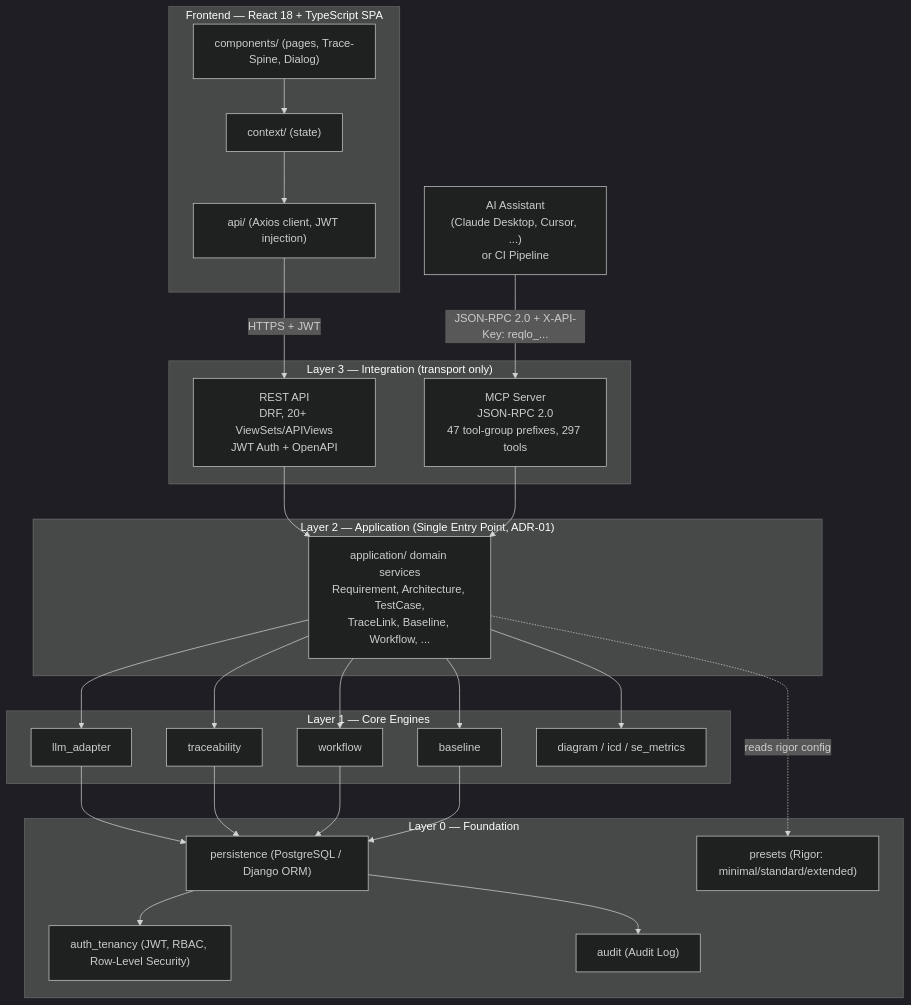
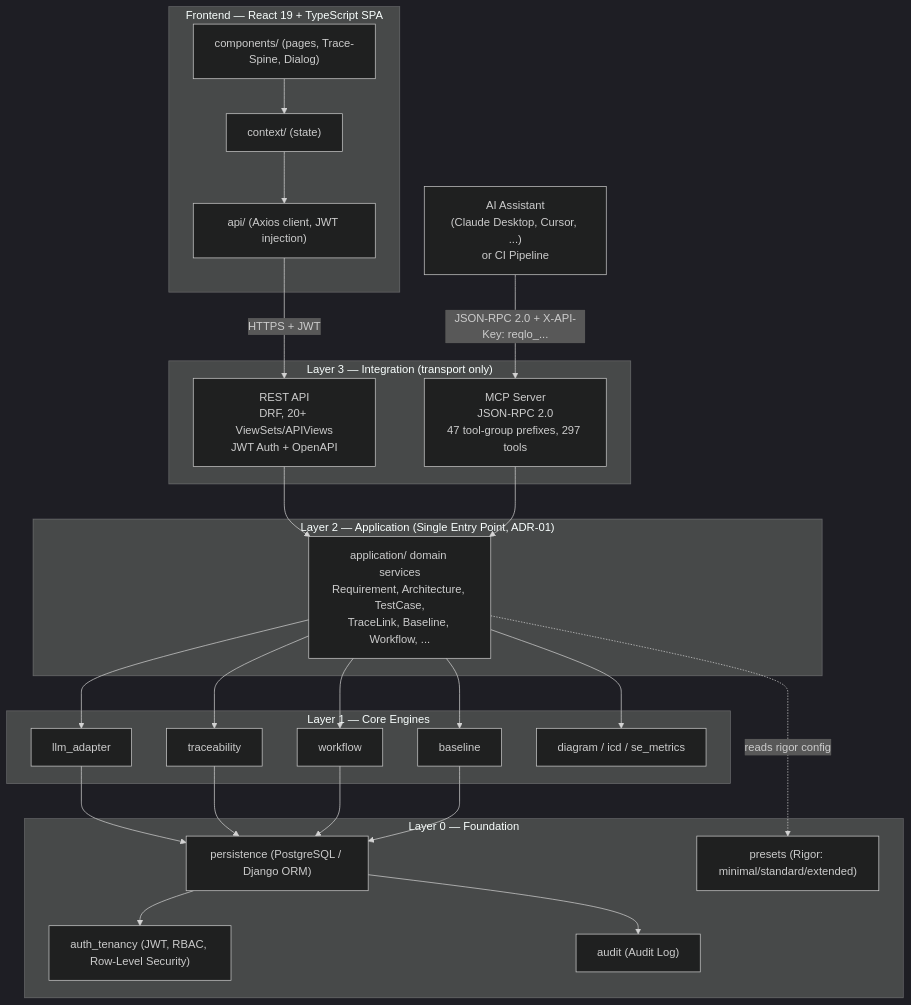
One commit to Popoboxxo/ReqogniLoom changed the first of 3 diagrams in README.md. Above: the diagram before and after it, drawn with Mermaid (dark theme). The commit also changed other lines of this file and 10 other files, not shown here.

````diff
--- a/README.md
+++ b/README.md
@@ -102,53 +104,53 @@
 ```mermaid
 graph TD
-    subgraph FE["Frontend — React 18 + TypeScript SPA"]
+    subgraph FE["Frontend — React 19 + TypeScript SPA"]
         UI["components/ (pages, Trace-Spine, Dialog)"]
         CTX["context/ (state)"]
         APICLIENT["api/ (Axios client, JWT injection)"]
         UI --> CTX --> APICLIENT
     end
 
     EXT["AI Assistant<br/>(Claude Desktop, Cursor, ...)<br/>or CI Pipeline"]
 
     subgraph L3["Layer 3 — Integration (transport only)"]
         REST["REST API<br/>DRF, 20+ ViewSets/APIViews<br/>JWT Auth + OpenAPI"]
         MCP["MCP Server<br/>JSON-RPC 2.0<br/>47 tool-group prefixes, 297 tools"]
     end
 
     subgraph L2["Layer 2 — Application (Single Entry Point, ADR-01)"]
         APP["application/ domain services<br/>Requirement, Architecture, TestCase,<br/>TraceLink, Baseline, Workflow, ..."]
     end
 
     subgraph L1["Layer 1 — Core Engines"]
         LLM["llm_adapter"]
         TRACE["traceability"]
         WF["workflow"]
         BASE["baseline"]
         DIAG["diagram / icd / se_metrics"]
     end
 
     subgraph L0["Layer 0 — Foundation"]
         PERSIST["persistence (PostgreSQL / Django ORM)"]
         AUTH["auth_tenancy (JWT, RBAC, Row-Level Security)"]
         PRESET["presets (Rigor: minimal/standard/extended)"]
         AUDIT["audit (Audit Log)"]
     end
 
     APICLIENT -->|"HTTPS + JWT"| REST
     EXT -->|"JSON-RPC 2.0 + X-API-Key: reqlo_..."| MCP
 
     REST --> APP
     MCP --> APP
     APP --> LLM
     APP --> TRACE
     APP --> WF
     APP --> BASE
     APP --> DIAG
     APP -.->|"reads rigor config"| PRESET
     LLM --> PERSIST
     TRACE --> PERSIST
     WF --> PERSIST
     BASE --> PERSIST
     PERSIST --> AUTH
     PERSIST --> AUDIT
 ```
````
